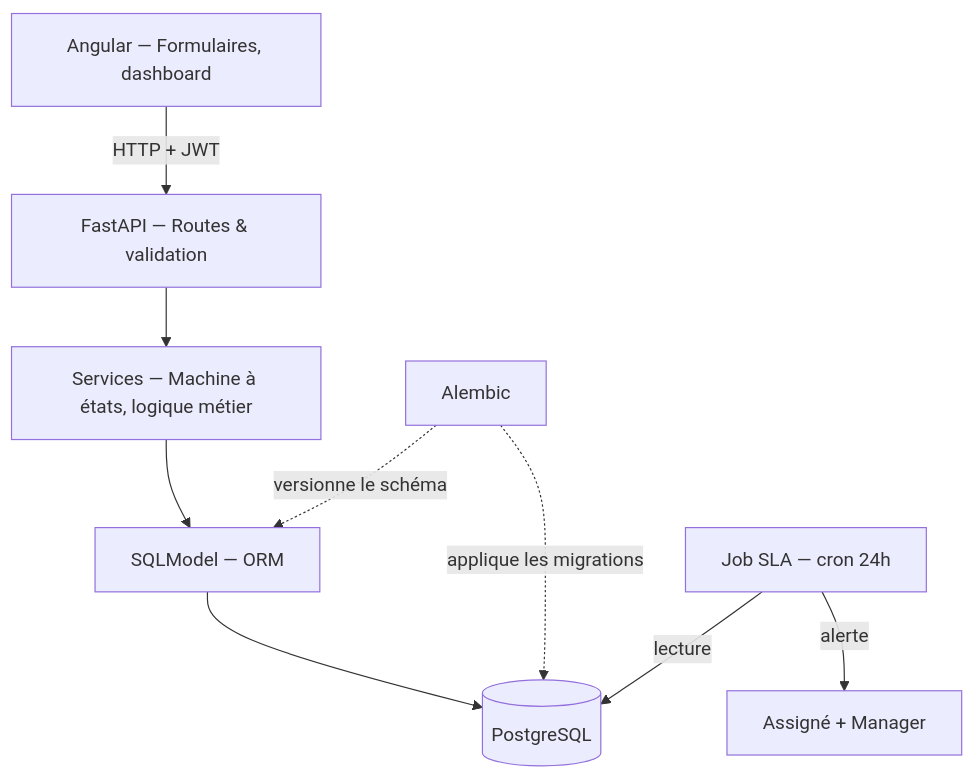
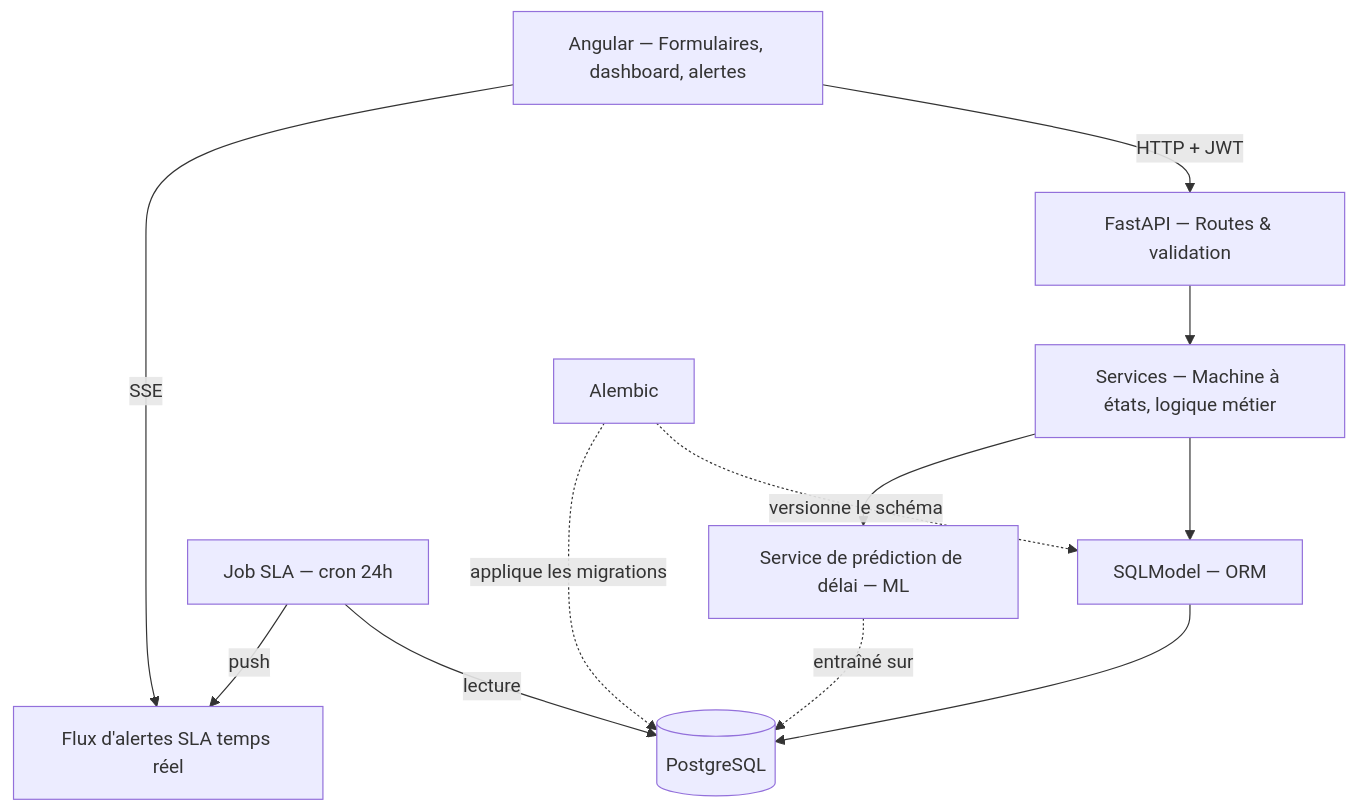
One commit to bdraja09/nexus-quality-tracker changed the first of 3 diagrams in README.md. Above: the diagram before and after it, drawn with Mermaid. The commit also changed other lines of this file and 4 other files, not shown here.

````diff
--- a/README.md
+++ b/README.md
@@ -47,11 +65,14 @@
 ```mermaid
 graph TD
-    A[Angular — Formulaires, dashboard] -->|HTTP + JWT| B[FastAPI — Routes & validation]
+    A[Angular — Formulaires, dashboard, alertes] -->|HTTP + JWT| B[FastAPI — Routes & validation]
+    A -->|SSE| I[Flux d'alertes SLA temps réel]
     B --> C[Services — Machine à états, logique métier]
     C --> D[SQLModel — ORM]
     D --> E[(PostgreSQL)]
     F[Alembic] -.versionne le schéma.-> D
     F -.applique les migrations.-> E
     G[Job SLA — cron 24h] -->|lecture| E
-    G -->|alerte| H[Assigné + Manager]
+    G -->|push| I
+    C --> J[Service de prédiction de délai — ML]
+    J -.entraîné sur.-> E
 ```
````
